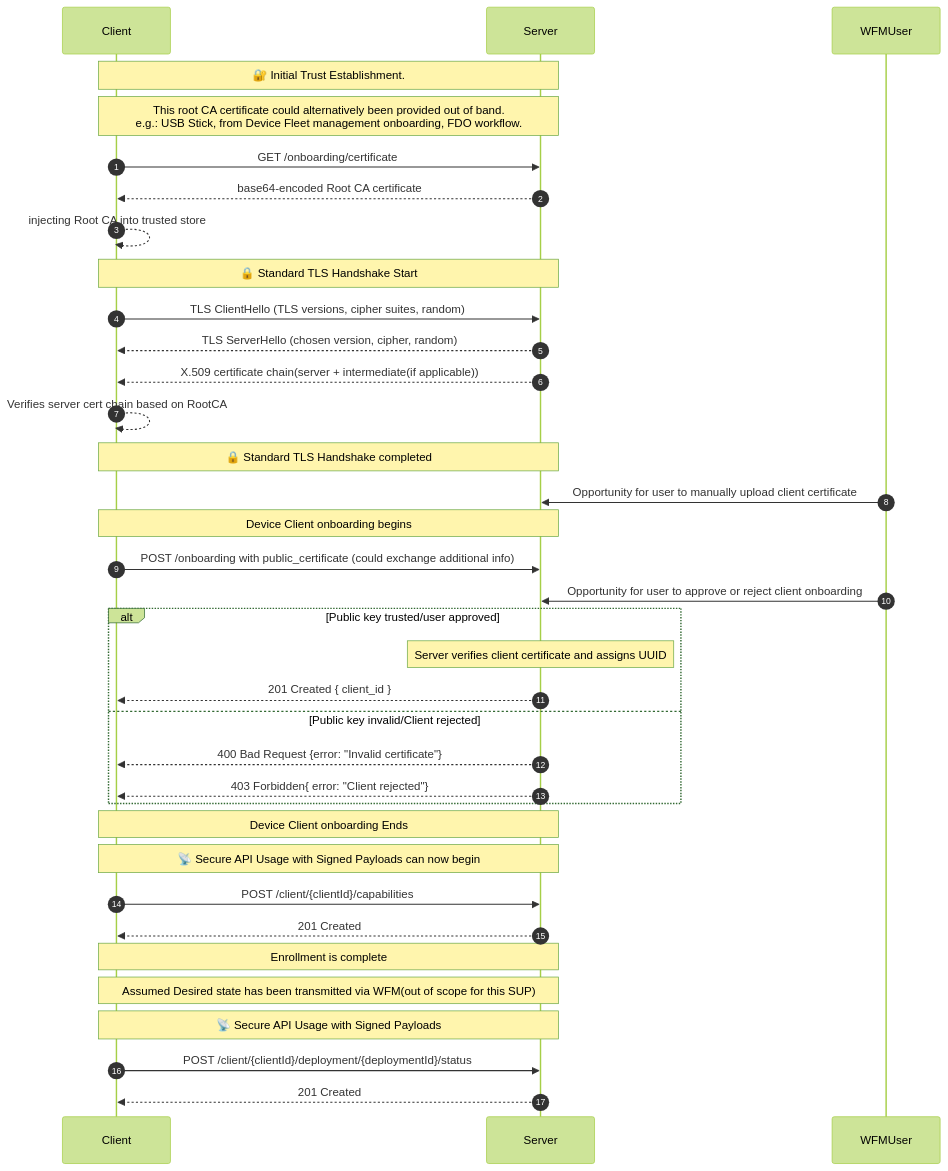
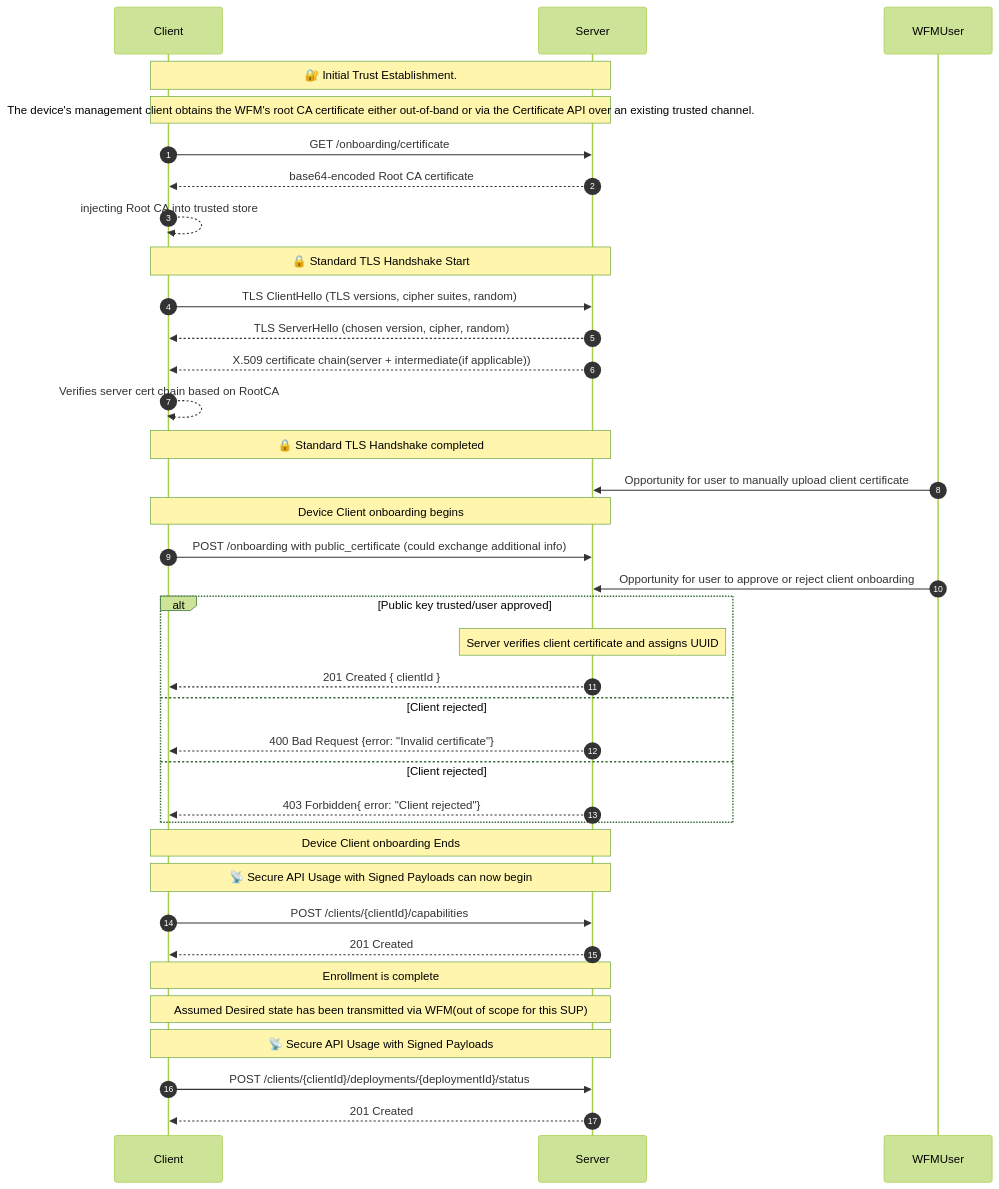
One commit to margo/specification changed the diagram in system-design/specification/margo-management-interface/device-onboarding.md. Above: the diagram before and after it, drawn with Mermaid (forest theme). The commit also changed other lines of this file and 5 other files, not shown here.

````diff
--- a/system-design/specification/margo-management-interface/device-onboarding.md
+++ b/system-design/specification/margo-management-interface/device-onboarding.md
@@ -38,41 +17,43 @@
 ```mermaid
 sequenceDiagram
     autonumber
     participant Client
     participant Server
 
     Note over Client,Server: 🔐 Initial Trust Establishment. 
-    Note over Client,Server: This root CA certificate could alternatively been provided out of band. <br> e.g.: USB Stick, from Device Fleet management onboarding, FDO workflow.
+    Note over Client,Server: The device's management client obtains the WFM's root CA certificate either out-of-band or via the Certificate API over an existing trusted channel.
     Client->>Server: GET /onboarding/certificate
     Server-->>Client: base64-encoded Root CA certificate
     Client-->>Client: injecting Root CA into trusted store
 
     Note over Client,Server: 🔒 Standard TLS Handshake Start
     Client->>Server: TLS ClientHello (TLS versions, cipher suites, random)
     Server-->>Client: TLS ServerHello (chosen version, cipher, random)
     Server-->>Client: X.509 certificate chain(server + intermediate(if applicable))
     Client-->>Client: Verifies server cert chain based on RootCA
     Note over Client,Server: 🔒 Standard TLS Handshake completed
     WFMUser->>Server: Opportunity for user to manually upload client certificate
     Note over Client,Server: Device Client onboarding begins
     Client->>Server: POST /onboarding with public_certificate (could exchange additional info)
     WFMUser->>Server: Opportunity for user to approve or reject client onboarding
     alt Public key trusted/user approved
         Note over Server: Server verifies client certificate and assigns UUID
-        Server-->>Client: 201 Created { client_id }
-    else Public key invalid/Client rejected
+        Server-->>Client: 201 Created { clientId }
+    else Client rejected
         Server-->>Client: 400 Bad Request {error: "Invalid certificate"}
+    else Client rejected
         Server-->>Client: 403 Forbidden{ error: "Client rejected"}
     end
+
     Note over Client,Server: Device Client onboarding Ends
     Note over Client,Server: 📡 Secure API Usage with Signed Payloads can now begin
 
-    Client->>Server: POST /client/{clientId}/capabilities
+    Client->>Server: POST /clients/{clientId}/capabilities
     Server-->>Client: 201 Created
     Note over Client,Server: Enrollment is complete
 
     Note over Client,Server: Assumed Desired state has been transmitted via WFM(out of scope for this SUP)
     Note over Client,Server: 📡 Secure API Usage with Signed Payloads
-    Client->>Server: POST /client/{clientId}/deployment/{deploymentId}/status
+    Client->>Server: POST /clients/{clientId}/deployments/{deploymentId}/status
     Server-->>Client: 201 Created
 ```
````
